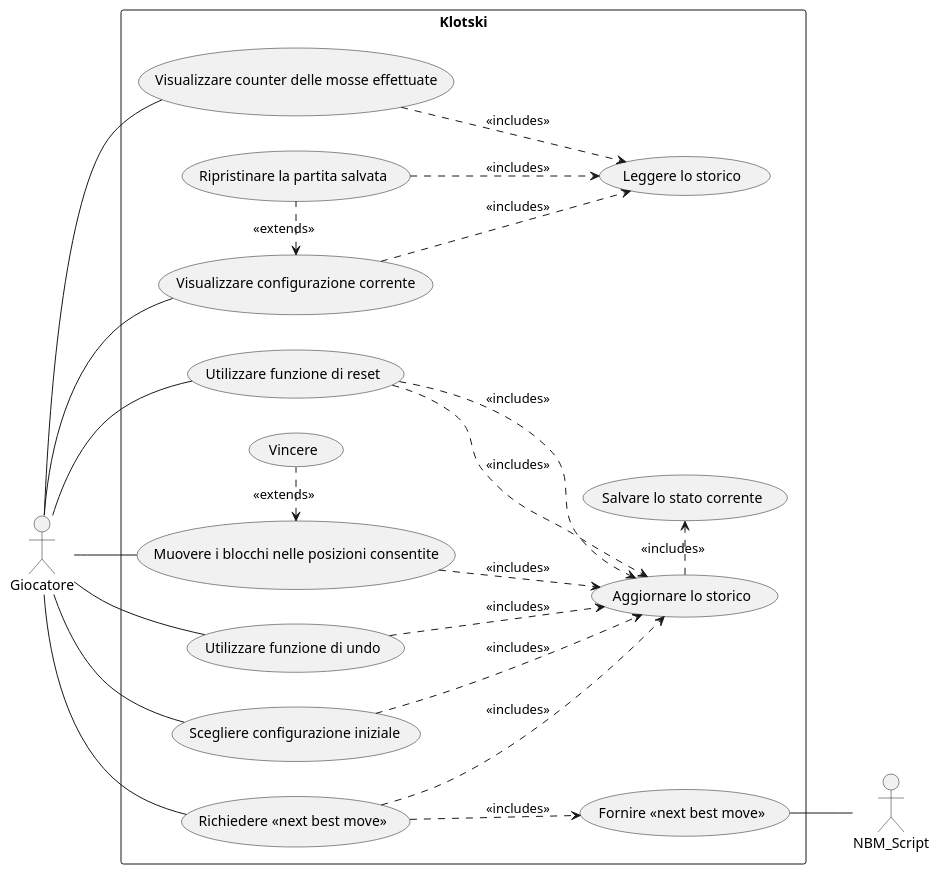
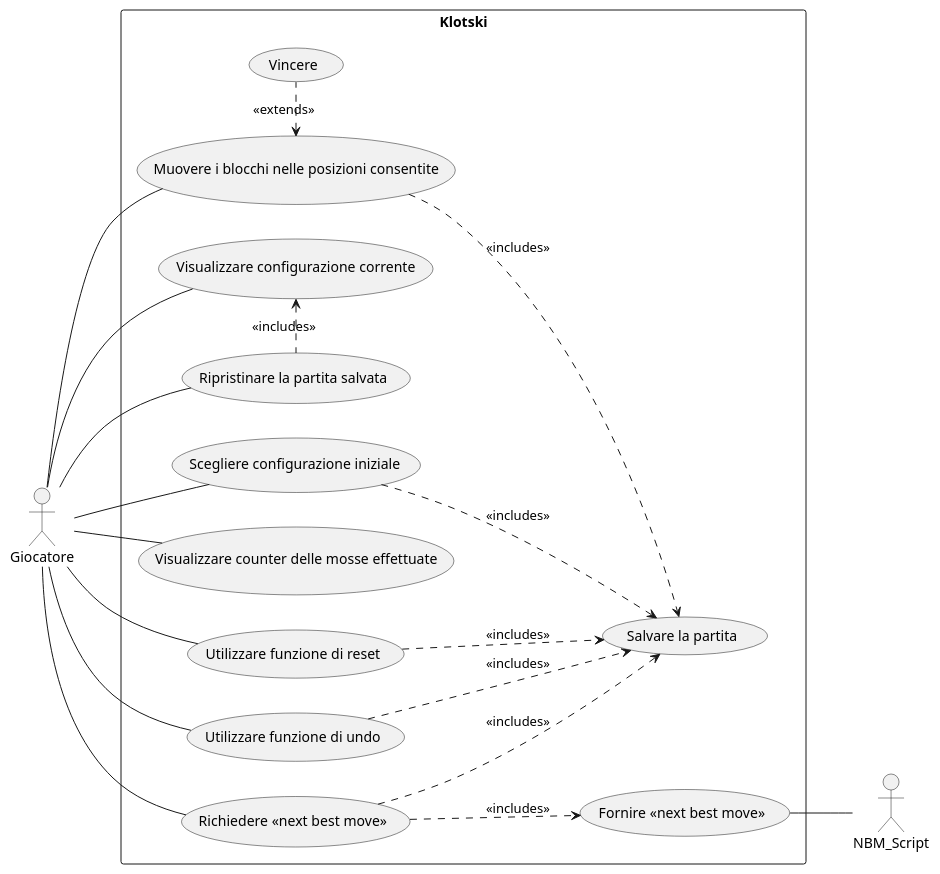
The diagram in resources/Use_Cases.md (bellins14/klotski_gruppo2), drawn with PlantUML before and after one commit.

````diff
--- a/resources/Use_Cases.md
+++ b/resources/Use_Cases.md
@@ -524,48 +524,42 @@
 ```plantuml
 @startuml
 
 left to right direction
 
 actor Giocatore
 actor NBM_Script
 
 rectangle "Klotski" {
   usecase "Visualizzare configurazione corrente" as current_conf
   usecase "Scegliere configurazione iniziale" as init_conf
   usecase "Visualizzare counter delle mosse effettuate" as counter
   usecase "Ripristinare la partita salvata" as restore
-  usecase "Leggere lo storico" as read_log
-  usecase "Aggiornare lo storico" as update_log
+  usecase "Salvare la partita" as update_log
   usecase "Muovere i blocchi nelle posizioni consentite" as move
   usecase "Vincere" as win
   usecase "Utilizzare funzione di reset" as reset
   usecase "Utilizzare funzione di undo" as undo
-  usecase "Salvare lo stato corrente" as save
-   usecase "Fornire «next best move»" as make_nbm
+  usecase "Fornire «next best move»" as make_nbm
   usecase "Richiedere «next best move»" as nbm
 }
 
 Giocatore -- current_conf
-current_conf -[dashed]-> read_log: "<<includes>>"
 Giocatore -- init_conf
 init_conf -down[dashed]-> update_log: "<<includes>>"
 Giocatore -- move
 move -[dashed]-> update_log: "<<includes>>"
 move <-[dashed]right- win: "<<extends>>"
 Giocatore -- counter
-counter -[dashed]-> read_log: "<<includes>>"
 Giocatore -- reset
 reset -[dashed]-> update_log: "<<includes>>"
 Giocatore -- undo
 undo -[dashed]-> update_log: "<<includes>>"
-reset -[dashed]-> update_log: "<<includes>>"
 Giocatore -- nbm
-save <-[dashed]left- update_log: "<<includes>>"
-restore -left[dashed]-> current_conf: "<<extends>>"
-restore -[dashed]-> read_log: "<<includes>>"
+Giocatore -- restore
+restore -left[dashed]-> current_conf: "<<includes>>"
 NBM_Script -up- make_nbm
 nbm -[dashed]-> make_nbm: "<<includes>>"
 nbm -[dashed]-> update_log: "<<includes>>"
 
 @enduml
 ```
````
